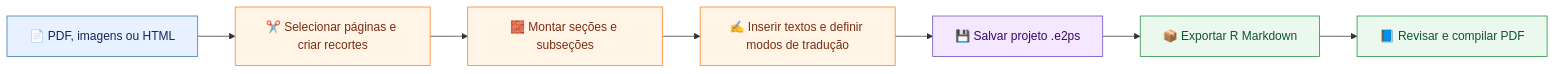
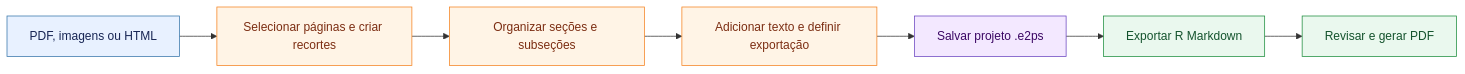
The diagram in README.md (LucaswBohrer/e2ps-manual-builder), drawn with Mermaid before and after one commit. The commit also changed other lines of this file, not shown here.

````diff
--- a/README.md
+++ b/README.md
@@ -46,19 +71,19 @@
 ```mermaid
 flowchart LR
-    A[📄 PDF, imagens ou HTML] --> B[✂️ Selecionar páginas e criar recortes]
-    B --> C[🧱 Montar seções e subseções]
-    C --> D[✍️ Inserir textos e definir modos de tradução]
-    D --> E[💾 Salvar projeto .e2ps]
-    E --> F[📦 Exportar R Markdown]
-    F --> G[📘 Revisar e compilar PDF]
+    A[PDF, imagens ou HTML] --> B[Selecionar páginas e criar recortes]
+    B --> C[Organizar seções e subseções]
+    C --> D[Adicionar texto e definir exportação]
+    D --> E[Salvar projeto .e2ps]
+    E --> F[Exportar R Markdown]
+    F --> G[Revisar e gerar PDF]
 
-    classDef input fill:#E8F1FF,stroke:#3776AB,color:#172554;
-    classDef edit fill:#FFF4E6,stroke:#F58220,color:#7C2D12;
+    classDef source fill:#E8F1FF,stroke:#3776AB,color:#172554;
+    classDef editing fill:#FFF4E6,stroke:#F58220,color:#7C2D12;
     classDef save fill:#F3E8FF,stroke:#6B46C1,color:#3B0764;
     classDef output fill:#EAF8EE,stroke:#1E8E3E,color:#14532D;
 
-    class A input;
-    class B,C,D edit;
+    class A source;
+    class B,C,D editing;
     class E save;
     class F,G output;
 ```
````
